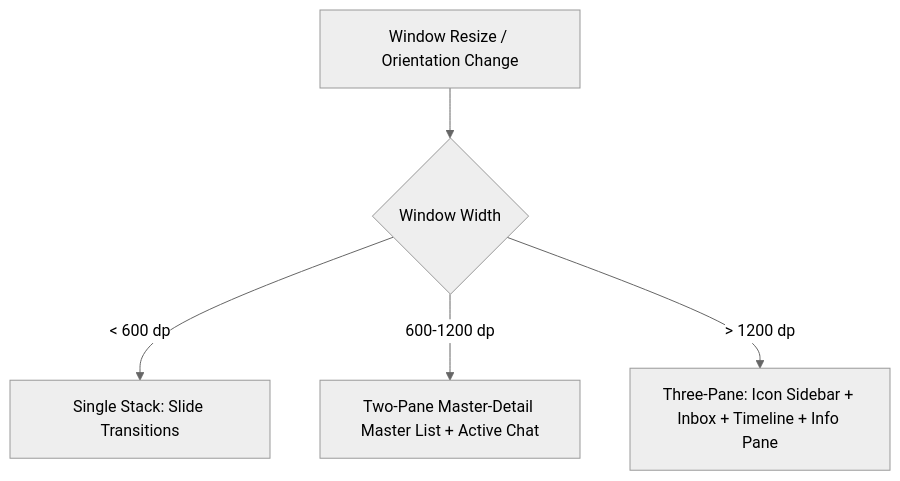
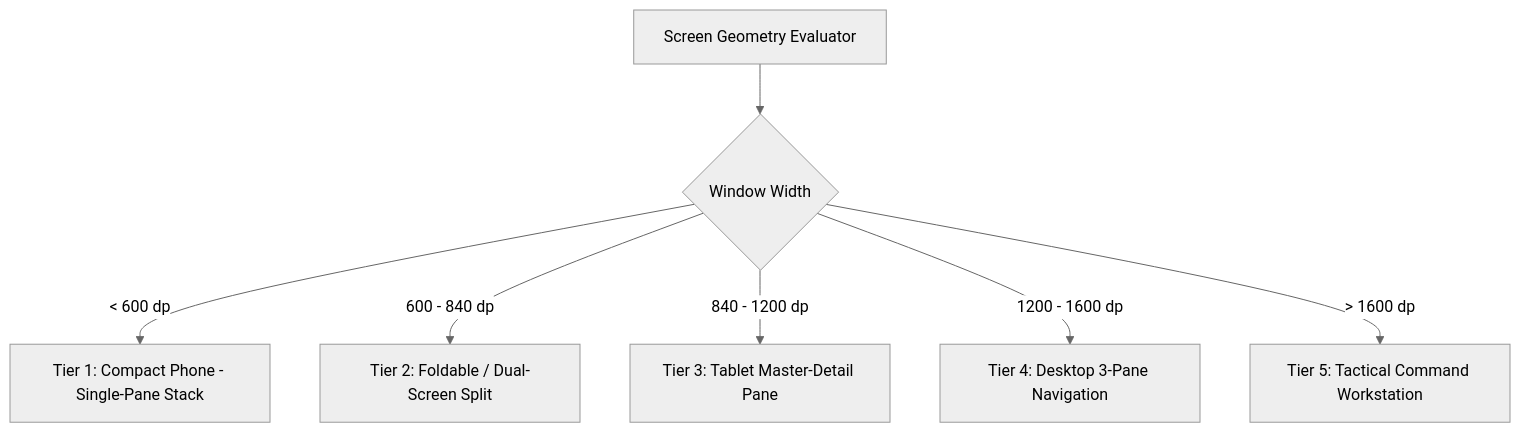
The diagram in wiki/25-Design-System-Tokens-and-Responsive-Layouts.md (irshadali5/siar), drawn with Mermaid (neutral theme) before and after one commit. The commit also changed other lines of this file, not shown here.

````diff
--- a/wiki/25-Design-System-Tokens-and-Responsive-Layouts.md
+++ b/wiki/25-Design-System-Tokens-and-Responsive-Layouts.md
@@ -51,7 +123,9 @@
 ```mermaid
 graph TD
-    ScreenResize[Window Resize / Orientation Change] --> BreakpointCheck{Window Width}
-    BreakpointCheck -->|< 600 dp| Phone[Single Stack: Slide Transitions]
-    BreakpointCheck -->|600-1200 dp| Tablet[Two-Pane Master-Detail Master List + Active Chat]
-    BreakpointCheck -->|> 1200 dp| Desktop[Three-Pane: Icon Sidebar + Inbox + Timeline + Info Pane]
+    WindowResize[Screen Geometry Evaluator] --> BreakpointBranch{Window Width}
+    BreakpointBranch -->|< 600 dp| Compact[Tier 1: Compact Phone - Single-Pane Stack]
+    BreakpointBranch -->|600 - 840 dp| Foldable[Tier 2: Foldable / Dual-Screen Split]
+    BreakpointBranch -->|840 - 1200 dp| Tablet[Tier 3: Tablet Master-Detail Pane]
+    BreakpointBranch -->|1200 - 1600 dp| Desktop[Tier 4: Desktop 3-Pane Navigation]
+    BreakpointBranch -->|> 1600 dp| Workstation[Tier 5: Tactical Command Workstation]
 ```
````
